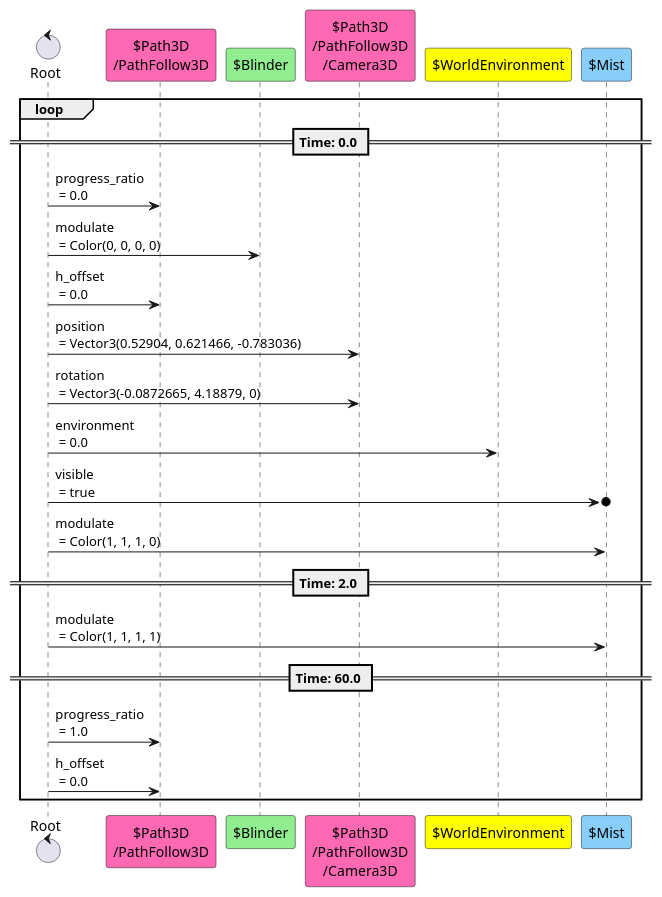
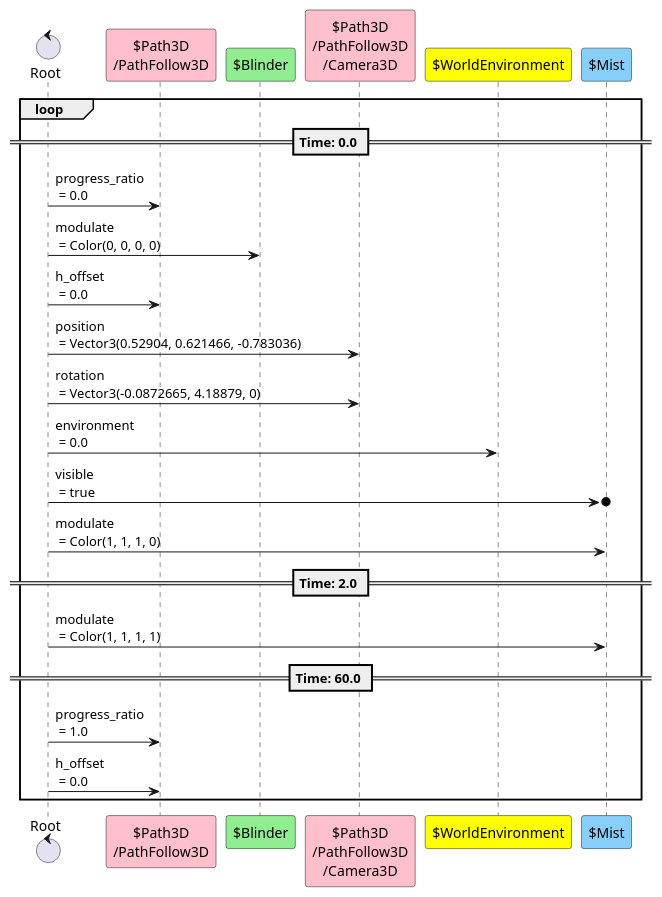
Before and after one commit to tkmfujise/Platformer-Game-Learning: the fourth of 23 diagrams in content/scenes/src/world/world.tscn.adoc, drawn with PlantUML. The commit also changed other lines of this file and 67 other files, not shown here.

Commit message:
Seperate color scene diagram and scene animation

```diff
--- a/content/scenes/src/world/world.tscn.adoc
+++ b/content/scenes/src/world/world.tscn.adoc
@@ -179,28 +179,28 @@
 [plantuml]
 ....
 control "Root" as R
-participant "$Path3D\n/PathFollow3D" as T0 #FF69B4
+participant "$Path3D\n/PathFollow3D" as T0 #FFC0CB
 participant "$Blinder" as T1 #90EE90
-participant "$Path3D\n/PathFollow3D\n/Camera3D" as T3 #FF69B4
+participant "$Path3D\n/PathFollow3D\n/Camera3D" as T3 #FFC0CB
 participant "$WorldEnvironment" as T5 #FFFF00
 participant "$Mist" as T6 #87CEFA
 
 
 loop
 == Time: 0.0 ==
 R  ->  T0 : progress_ratio\n = 0.0
 R  ->  T1 : modulate\n = Color(0, 0, 0, 0)
 R  ->  T0 : h_offset\n = 0.0
 R  ->  T3 : position\n = Vector3(0.52904, 0.621466, -0.783036)
 R  ->  T3 : rotation\n = Vector3(-0.0872665, 4.18879, 0)
 R  ->  T5 : environment\n = 0.0
 R  ->o  T6 : visible\n = true
 R  ->  T6 : modulate\n = Color(1, 1, 1, 0)
 == Time: 2.0 ==
 R  ->  T6 : modulate\n = Color(1, 1, 1, 1)
 == Time: 60.0 ==
 R  ->  T0 : progress_ratio\n = 1.0
 R  ->  T0 : h_offset\n = 0.0
 
 end
 ....
```
